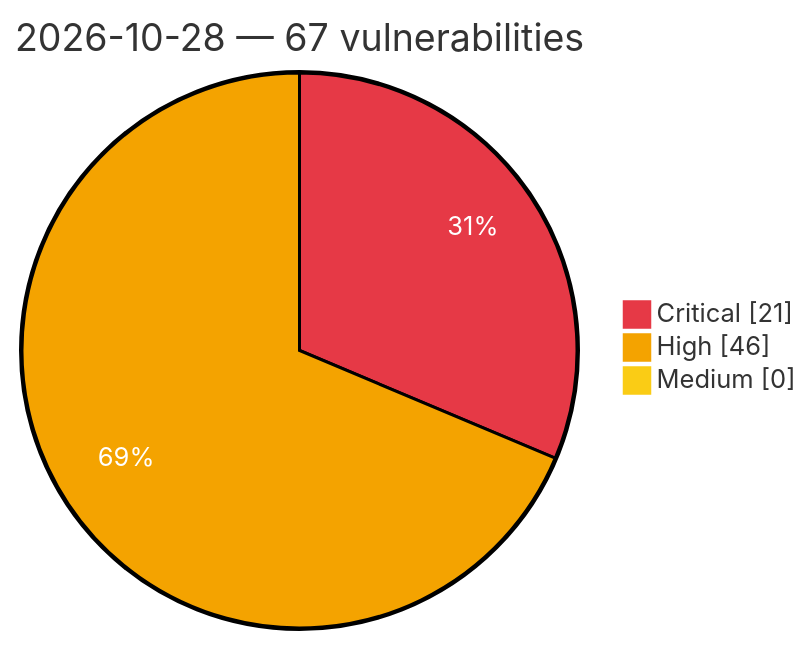
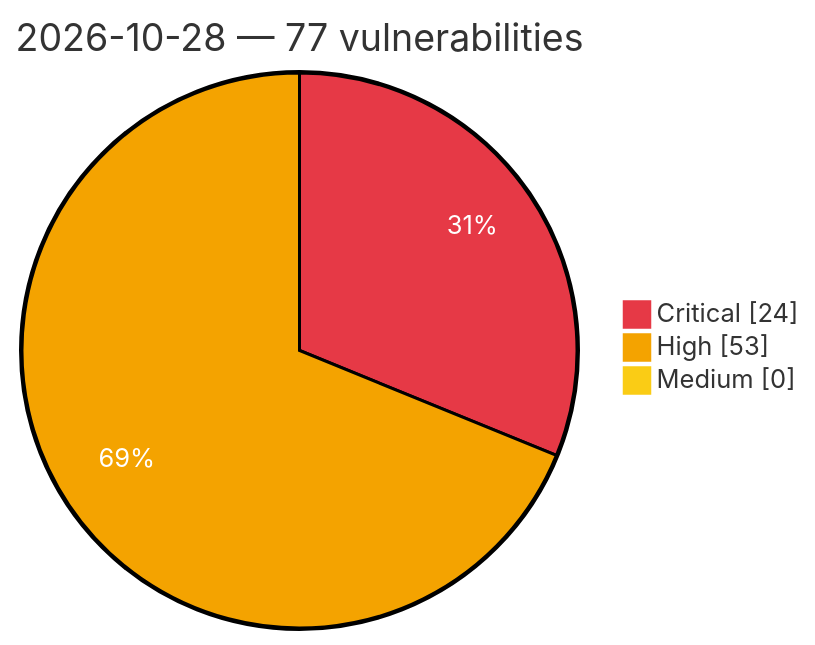
The diagram in vulnerabilities/2026/October/2026-10-28.md (GhostX0X/vuln-tracker), drawn with Mermaid before and after one commit. The commit also changed other lines of this file and 5 other files, not shown here.

Commit message:
Auto update: critical/high vulns (2026-10-28 23:36 UTC)

````diff
--- a/vulnerabilities/2026/October/2026-10-28.md
+++ b/vulnerabilities/2026/October/2026-10-28.md
@@ -3,8 +3,8 @@
 ```mermaid
 %%{init: {'theme':'base', 'themeVariables': {'pie1':'#e63946', 'pie2':'#f4a300', 'pie3':'#facc15', 'pieOpacity':'1', 'pieOuterStrokeWidth':'2px', 'pieSectionTextColor':'#ffffff'}}}%%
 pie showData
-    title 2026-10-28 — 67 vulnerabilities
-    "Critical" : 21
-    "High" : 46
+    title 2026-10-28 — 77 vulnerabilities
+    "Critical" : 24
+    "High" : 53
     "Medium" : 0
 ```
````
